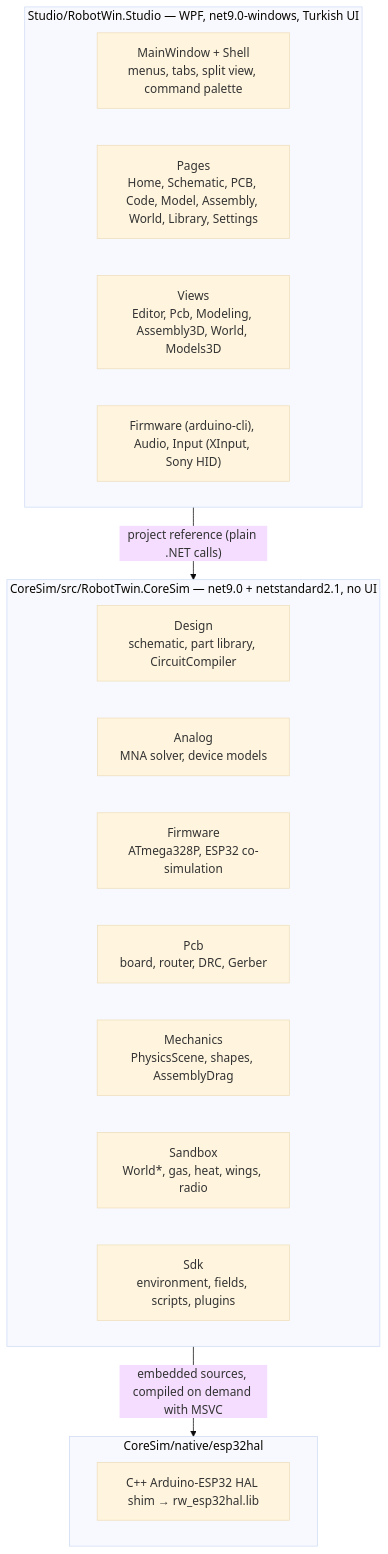
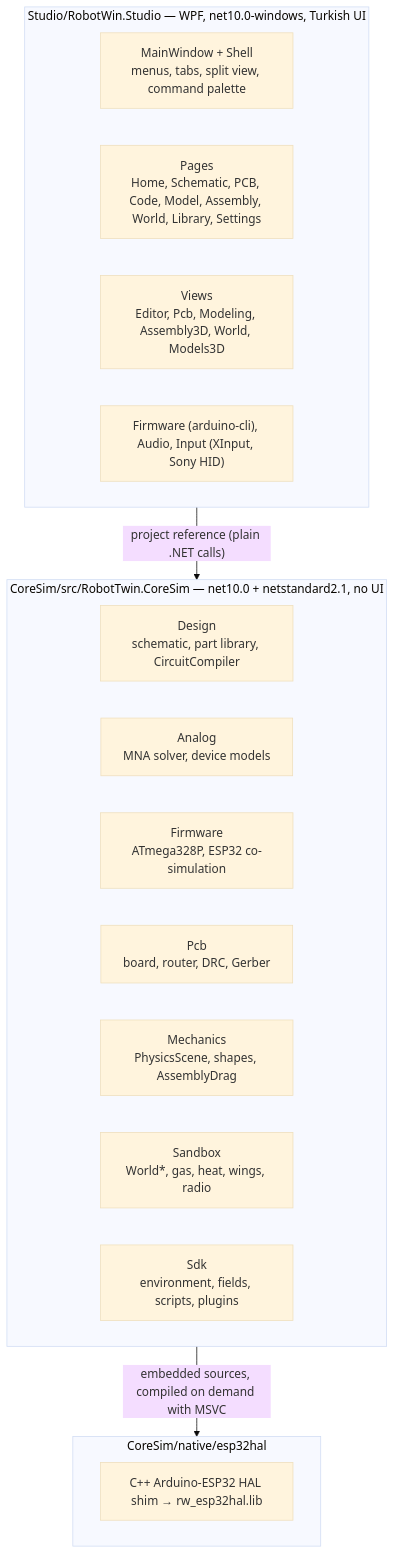
Before and after one commit to Kinin-Code-Offical/robotwin-studio: the first of 4 diagrams in docs/ARCHITECTURE.md, drawn with Mermaid (base theme). The commit also changed other lines of this file and 53 other files, not shown here.

````diff
--- a/docs/ARCHITECTURE.md
+++ b/docs/ARCHITECTURE.md
@@ -9,25 +9,25 @@
 ```mermaid
 flowchart TB
-    subgraph Studio["Studio/RobotWin.Studio — WPF, net9.0-windows, Turkish UI"]
+    subgraph Studio["Studio/RobotWin.Studio — WPF, net10.0-windows, Turkish UI"]
         direction LR
         SH["MainWindow + Shell<br/>menus, tabs, split view, command palette"]
         PG["Pages<br/>Home, Schematic, PCB, Code, Model, Assembly, World, Library, Settings"]
         VW["Views<br/>Editor, Pcb, Modeling, Assembly3D, World, Models3D"]
         IO["Firmware (arduino-cli), Audio, Input (XInput, Sony HID)"]
     end
-    subgraph Core["CoreSim/src/RobotTwin.CoreSim — net9.0 + netstandard2.1, no UI"]
+    subgraph Core["CoreSim/src/RobotTwin.CoreSim — net10.0 + netstandard2.1, no UI"]
         direction LR
         DS["Design<br/>schematic, part library, CircuitCompiler"]
         AN["Analog<br/>MNA solver, device models"]
         FW["Firmware<br/>ATmega328P, ESP32 co-simulation"]
         PC["Pcb<br/>board, router, DRC, Gerber"]
         ME["Mechanics<br/>PhysicsScene, shapes, AssemblyDrag"]
         SB["Sandbox<br/>World*, gas, heat, wings, radio"]
         SD["Sdk<br/>environment, fields, scripts, plugins"]
     end
     subgraph Native["CoreSim/native/esp32hal"]
         HAL["C++ Arduino-ESP32 HAL shim → rw_esp32hal.lib"]
     end
     Studio -- "project reference (plain .NET calls)" --> Core
     Core -- "embedded sources, compiled on demand with MSVC" --> Native
 ```
````
